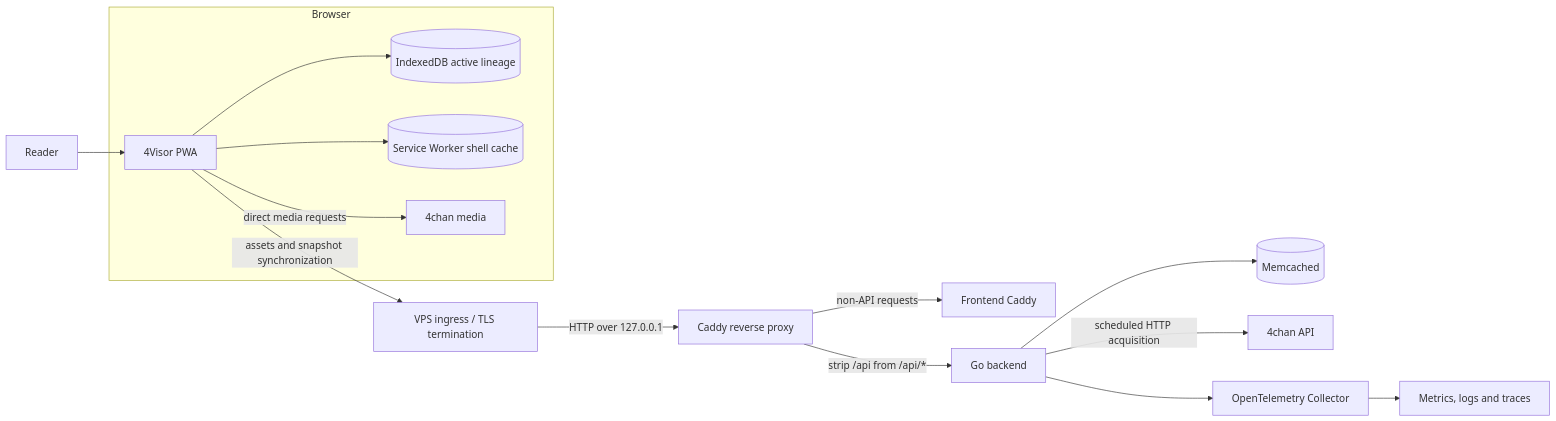
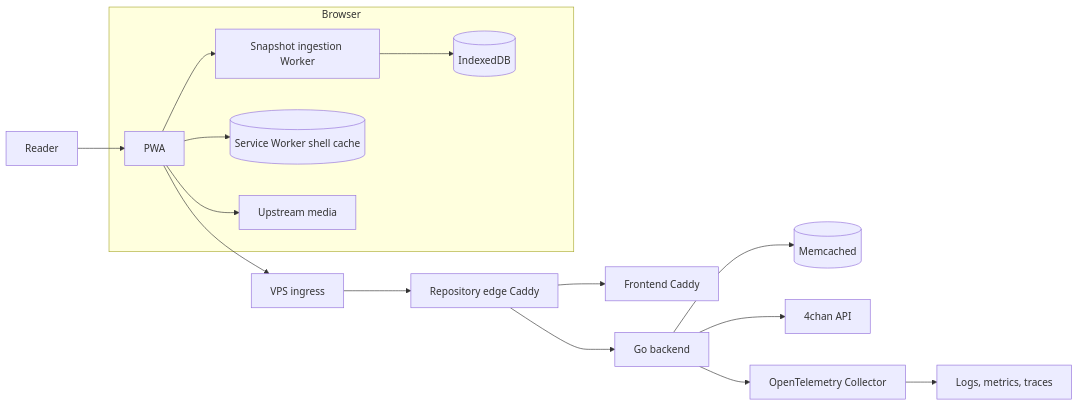
One commit to federico-paolillo/four-visor changed the first of 4 diagrams in docs/SEED.md. Above: the diagram before and after it, drawn with Mermaid. The commit also changed other lines of this file and 3 other files, not shown here.

````diff
--- a/docs/SEED.md
+++ b/docs/SEED.md
@@ -232,19 +493,18 @@
 ```mermaid
 flowchart LR
-    User[Reader] --> PWA[4Visor PWA]
-
-    subgraph Client[Browser]
-        PWA --> IndexedDB[(IndexedDB active lineage)]
-        PWA --> ShellCache[(Service Worker shell cache)]
-        PWA -->|direct media requests| Media[4chan media]
+    Reader --> PWA
+    subgraph Browser
+        PWA --> Worker[Snapshot ingestion Worker]
+        Worker --> IDB[(IndexedDB)]
+        PWA --> Shell[(Service Worker shell cache)]
+        PWA --> Media[Upstream media]
     end
-
-    PWA -->|assets and snapshot synchronization| Ingress[VPS ingress / TLS termination]
-    Ingress -->|HTTP over 127.0.0.1| Edge[Caddy reverse proxy]
-    Edge -->|non-API requests| Frontend[Frontend Caddy]
-    Edge -->|strip /api from /api/*| Backend[Go backend]
-    Backend --> Memcached[(Memcached)]
-    Backend -->|scheduled HTTP acquisition| API[4chan API]
-    Backend --> OTel[OpenTelemetry Collector]
-    OTel --> Observability[Metrics, logs and traces]
+    PWA --> Ingress[VPS ingress]
+    Ingress --> Edge[Repository edge Caddy]
+    Edge --> Frontend[Frontend Caddy]
+    Edge --> Backend[Go backend]
+    Backend --> Cache[(Memcached)]
+    Backend --> API[4chan API]
+    Backend --> Collector[OpenTelemetry Collector]
+    Collector --> Signals[Logs, metrics, traces]
 ```
````
